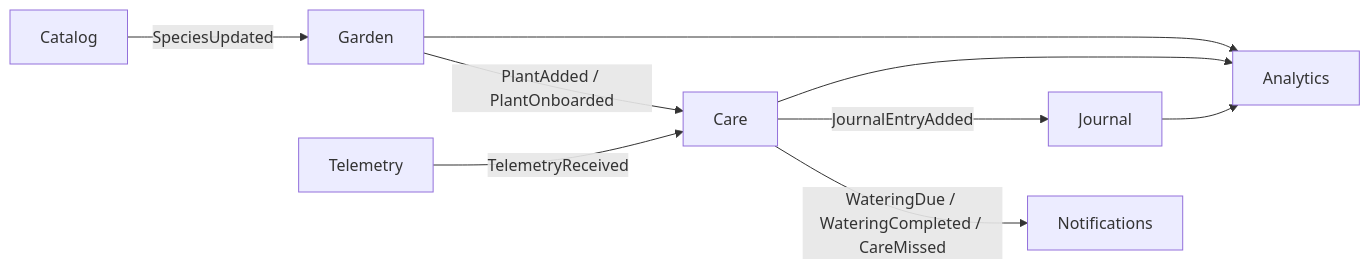
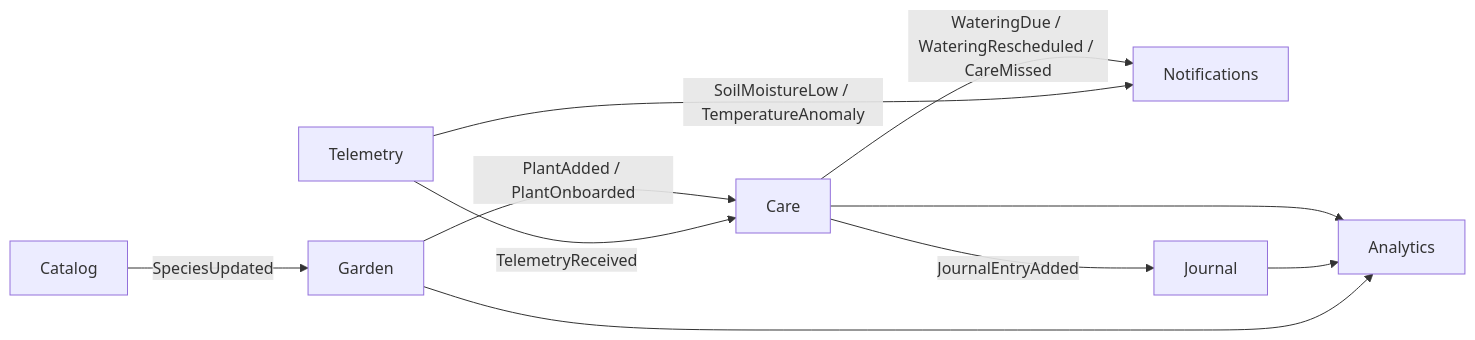
The diagram in docs/architecture.md (DisMosGit/plantkeeper), drawn with Mermaid before and after one commit. The commit also changed other lines of this file and 7 other files, not shown here.

````diff
--- a/docs/architecture.md
+++ b/docs/architecture.md
@@ -35,11 +35,12 @@
 ```mermaid
 graph LR
   Catalog -- SpeciesUpdated --> Garden
   Garden -- PlantAdded / PlantOnboarded --> Care
-  Care -- WateringDue / WateringCompleted / CareMissed --> Notifications
+  Care -- WateringDue / WateringRescheduled / CareMissed --> Notifications
   Care -- JournalEntryAdded --> Journal
   Telemetry -- TelemetryReceived --> Care
+  Telemetry -- SoilMoistureLow / TemperatureAnomaly --> Notifications
   Care --> Analytics
   Journal --> Analytics
   Garden --> Analytics
 ```
````
